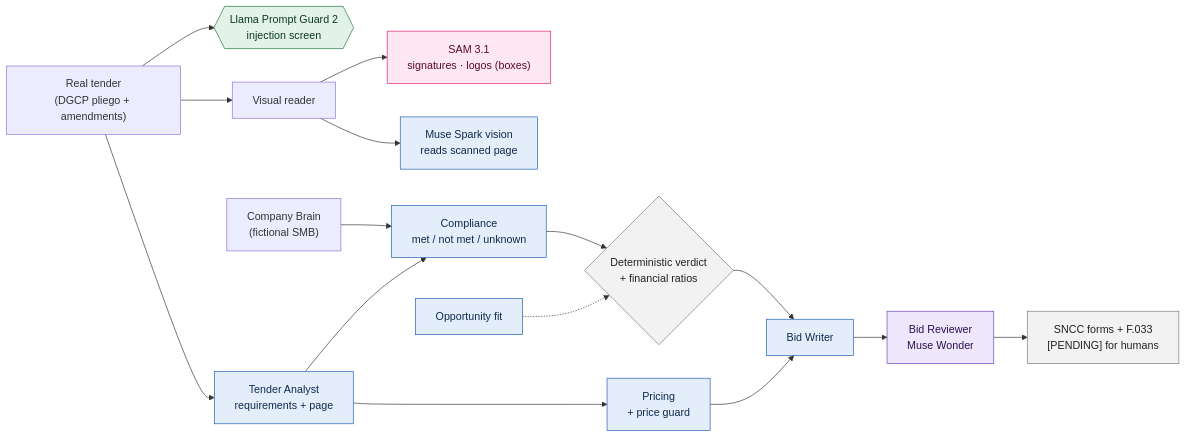
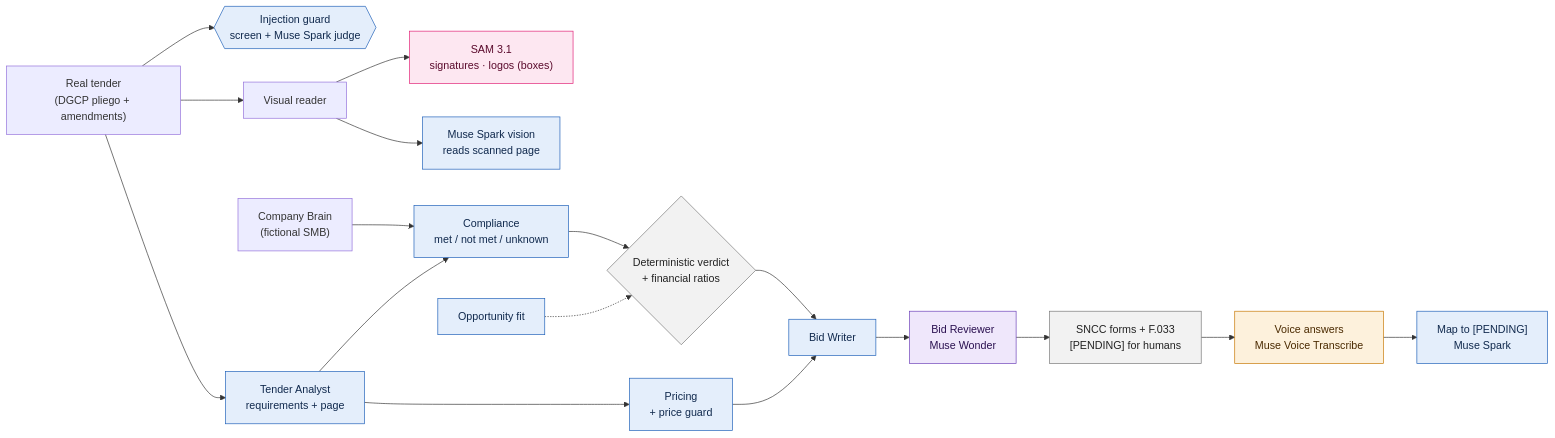
The diagram in README.md (aneudysamparo/Postor-MetaAI-Hackathon), drawn with Mermaid before and after one commit. The commit also changed other lines of this file and 4 other files, not shown here.

First line of the commit message:
docs: guard on Muse Spark, Muse Voice Transcribe, case B reasoning, disclosures

````diff
--- a/README.md
+++ b/README.md
@@ -40,28 +43,30 @@
 ```mermaid
 flowchart LR
-  P["Real tender<br/>(DGCP pliego + amendments)"] --> G{{"Llama Prompt Guard 2<br/>injection screen"}}
+  P["Real tender<br/>(DGCP pliego + amendments)"] --> G{{"Injection guard<br/>screen + Muse Spark judge"}}
   P --> AN["Tender Analyst<br/>requirements + page"]
   P --> V["Visual reader"]
   V --> S["SAM 3.1<br/>signatures · logos (boxes)"]
   V --> SV["Muse Spark vision<br/>reads scanned page"]
   B["Company Brain<br/>(fictional SMB)"] --> C
   AN --> C["Compliance<br/>met / not met / unknown"]
   C --> D{"Deterministic verdict<br/>+ financial ratios"}
   AN --> PR["Pricing<br/>+ price guard"]
   D --> W["Bid Writer"]
   PR --> W
   W --> R["Bid Reviewer<br/>Muse Wonder"]
   R --> F["SNCC forms + F.033<br/>[PENDING] for humans"]
+  F --> VO["Voice answers<br/>Muse Voice Transcribe"]
+  VO --> VM["Map to [PENDING]<br/>Muse Spark"]
   O["Opportunity fit"] -.-> D
 
   classDef spark fill:#e4eefb,stroke:#1d5fb8,color:#10294d;
   classDef wonder fill:#efe7fb,stroke:#6b3fb8,color:#2a1050;
   classDef sam fill:#fde7f1,stroke:#e11d74,color:#5a0a2c;
-  classDef guard fill:#e3f2e9,stroke:#1c7a3d,color:#0b3a1d;
+  classDef voice fill:#fdf1dc,stroke:#c77700,color:#4a2a00;
   classDef code fill:#f2f2f2,stroke:#777,color:#222;
-  class AN,SV,C,PR,W,O spark;
+  class AN,SV,C,PR,W,O,G,VM spark;
   class R wonder;
   class S sam;
-  class G guard;
+  class VO voice;
   class D,F code;
 ```
````
